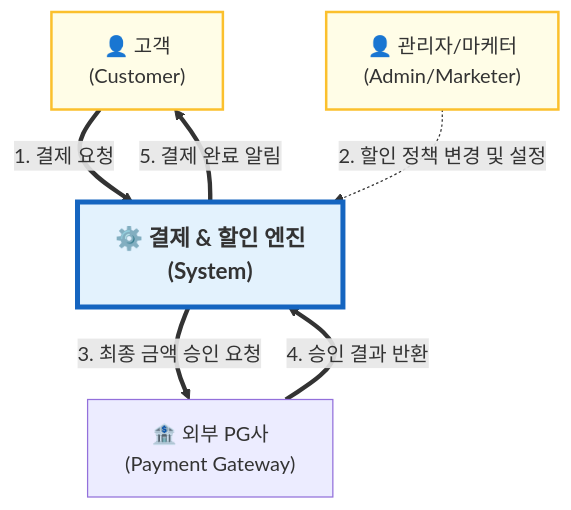
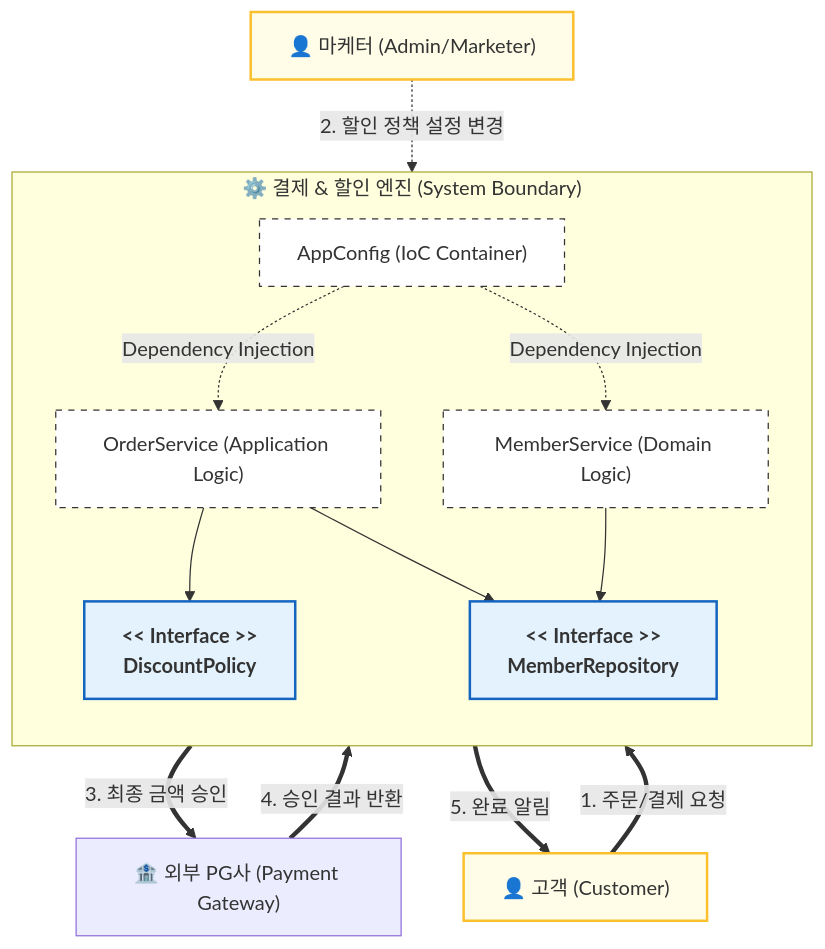
The diagram in Conceptualization_22212025_이진녕.md (dlwlssud123/OSS_shopping), drawn with Mermaid before and after one commit. The commit also changed other lines of this file, not shown here.

````diff
--- a/Conceptualization_22212025_이진녕.md
+++ b/Conceptualization_22212025_이진녕.md
@@ -55,16 +56,31 @@
 ```mermaid
 flowchart TD
-    classDef main fill:#E3F2FD,stroke:#1565C0,stroke-width:4px,font-size:18px,font-weight:bold;
+    classDef main fill:#E3F2FD,stroke:#1565C0,stroke-width:2px,font-weight:bold;
     classDef actor fill:#FFFDE7,stroke:#FBC02D,stroke-width:2px;
+    classDef component fill:#FFFFFF,stroke:#333,stroke-dasharray: 5 5;
 
-    Customer["👤 고객<br/>(Customer)"]:::actor
-    Admin["👤 관리자/마케터<br/>(Admin/Marketer)"]:::actor
-    System["⚙️ 결제 & 할인 엔진<br/>(System)"]:::main
-    PG["🏦 외부 PG사<br/>(Payment Gateway)"]
+    Customer["👤 고객 (Customer)"]:::actor
+    Admin["👤 마케터 (Admin/Marketer)"]:::actor
+    PG["🏦 외부 PG사 (Payment Gateway)"]
 
-    Customer ==>|"1. 결제 요청"| System
-    Admin -.->|"2. 할인 정책 변경 및 설정"| System
-    System ==>|"3. 최종 금액 승인 요청"| PG
-    PG ==>|"4. 승인 결과 반환"| System
-    System ==>|"5. 결제 완료 알림"| Customer
+    subgraph System ["⚙️ 결제 & 할인 엔진 (System Boundary)"]
+        direction TB
+        AppConfig["AppConfig (IoC Container)"]:::component
+        MemberService["MemberService (Domain Logic)"]:::component
+        OrderService["OrderService (Application Logic)"]:::component
+        DiscountPolicy["<< Interface >>\nDiscountPolicy"]:::main
+        MemberRepo["<< Interface >>\nMemberRepository"]:::main
+
+        AppConfig -.->|Dependency Injection| MemberService
+        AppConfig -.->|Dependency Injection| OrderService
+        OrderService --> DiscountPolicy
+        OrderService --> MemberRepo
+        MemberService --> MemberRepo
+    end
+
+    Customer ==>|"1. 주문/결제 요청"| OrderService
+    Admin -.->|"2. 할인 정책 설정 변경"| AppConfig
+    OrderService ==>|"3. 최종 금액 승인"| PG
+    PG ==>|"4. 승인 결과 반환"| OrderService
+    OrderService ==>|"5. 완료 알림"| Customer
 ```
````
